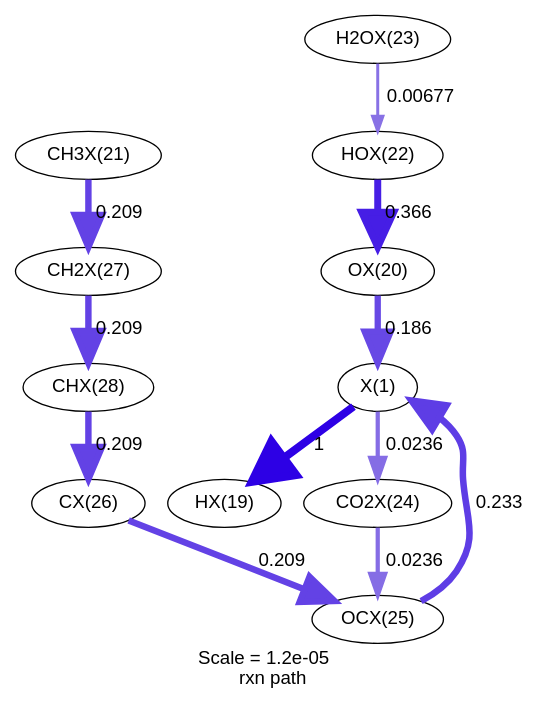
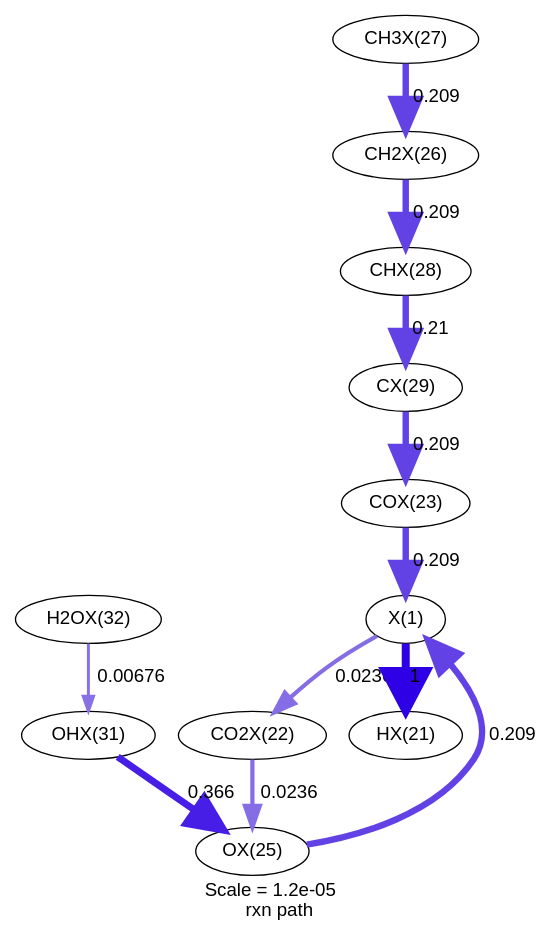
Before and after one commit to comocheng/cpox: the diagram in rh/rxnpath/rxnpath-2.0-x-19.99mm.dot, drawn with Graphviz. The commit also changed 539 other files, not shown here.

```diff
--- a/rh/rxnpath/rxnpath-2.0-x-19.99mm.dot
+++ b/rh/rxnpath/rxnpath-2.0-x-19.99mm.dot
@@ -1,38 +1,38 @@
 digraph reaction_paths {
 center=1;
-s27 -> s28[fontname="Helvetica", penwidth=6, arrowsize=3, color="0.7, 1.5, 0.9"
+s22 -> s24[fontname="Helvetica", penwidth=3.17, arrowsize=1.59, color="0.7, 0.524, 0.9"
+, label=" 0.0236"];
+s25 -> s22[fontname="Helvetica", penwidth=4.82, arrowsize=2.41, color="0.7, 0.709, 0.9"
+, label=" 0.209"];
+s27 -> s22[fontname="Helvetica", penwidth=4.82, arrowsize=2.41, color="0.7, 0.709, 0.9"
+, label=" 0.209"];
+s22 -> s23[fontname="Helvetica", penwidth=6, arrowsize=3, color="0.7, 1.5, 0.9"
 , label=" 1"];
-s29 -> s27[fontname="Helvetica", penwidth=4.73, arrowsize=2.36, color="0.7, 0.686, 0.9"
-, label=" 0.186"];
-s34 -> s27[fontname="Helvetica", penwidth=4.9, arrowsize=2.45, color="0.7, 0.733, 0.9"
-, label=" 0.233"];
-s27 -> s33[fontname="Helvetica", penwidth=3.17, arrowsize=1.59, color="0.7, 0.524, 0.9"
+s24 -> s27[fontname="Helvetica", penwidth=3.17, arrowsize=1.59, color="0.7, 0.524, 0.9"
 , label=" 0.0236"];
-s31 -> s29[fontname="Helvetica", penwidth=5.24, arrowsize=2.62, color="0.7, 0.866, 0.9"
+s31 -> s25[fontname="Helvetica", penwidth=4.82, arrowsize=2.41, color="0.7, 0.709, 0.9"
+, label=" 0.209"];
+s33 -> s27[fontname="Helvetica", penwidth=5.24, arrowsize=2.62, color="0.7, 0.866, 0.9"
 , label=" 0.366"];
-s32 -> s31[fontname="Helvetica", penwidth=2.23, arrowsize=1.11, color="0.7, 0.507, 0.9"
-, label=" 0.00677"];
-s30 -> s36[fontname="Helvetica", penwidth=4.82, arrowsize=2.41, color="0.7, 0.709, 0.9"
+s29 -> s28[fontname="Helvetica", penwidth=4.82, arrowsize=2.41, color="0.7, 0.709, 0.9"
 , label=" 0.209"];
-s36 -> s37[fontname="Helvetica", penwidth=4.82, arrowsize=2.41, color="0.7, 0.709, 0.9"
+s28 -> s30[fontname="Helvetica", penwidth=4.82, arrowsize=2.41, color="0.7, 0.709, 0.9"
 , label=" 0.209"];
-s37 -> s35[fontname="Helvetica", penwidth=4.82, arrowsize=2.41, color="0.7, 0.709, 0.9"
-, label=" 0.209"];
-s35 -> s34[fontname="Helvetica", penwidth=4.82, arrowsize=2.41, color="0.7, 0.709, 0.9"
-, label=" 0.209"];
-s33 -> s34[fontname="Helvetica", penwidth=3.17, arrowsize=1.59, color="0.7, 0.524, 0.9"
-, label=" 0.0236"];
-s27 [ fontname="Helvetica", label="X(1)"];
-s28 [ fontname="Helvetica", label="HX(19)"];
-s29 [ fontname="Helvetica", label="OX(20)"];
-s30 [ fontname="Helvetica", label="CH3X(21)"];
-s31 [ fontname="Helvetica", label="HOX(22)"];
-s32 [ fontname="Helvetica", label="H2OX(23)"];
-s33 [ fontname="Helvetica", label="CO2X(24)"];
-s34 [ fontname="Helvetica", label="OCX(25)"];
-s35 [ fontname="Helvetica", label="CX(26)"];
-s36 [ fontname="Helvetica", label="CH2X(27)"];
-s37 [ fontname="Helvetica", label="CHX(28)"];
+s30 -> s31[fontname="Helvetica", penwidth=4.82, arrowsize=2.41, color="0.7, 0.71, 0.9"
+, label=" 0.21"];
+s34 -> s33[fontname="Helvetica", penwidth=2.23, arrowsize=1.11, color="0.7, 0.507, 0.9"
+, label=" 0.00676"];
+s22 [ fontname="Helvetica", label="X(1)"];
+s23 [ fontname="Helvetica", label="HX(21)"];
+s24 [ fontname="Helvetica", label="CO2X(22)"];
+s25 [ fontname="Helvetica", label="COX(23)"];
+s27 [ fontname="Helvetica", label="OX(25)"];
+s28 [ fontname="Helvetica", label="CH2X(26)"];
+s29 [ fontname="Helvetica", label="CH3X(27)"];
+s30 [ fontname="Helvetica", label="CHX(28)"];
+s31 [ fontname="Helvetica", label="CX(29)"];
+s33 [ fontname="Helvetica", label="OHX(31)"];
+s34 [ fontname="Helvetica", label="H2OX(32)"];
  label = "Scale = 1.2e-05\l rxn path";
  fontname = "Helvetica";
 }
```
